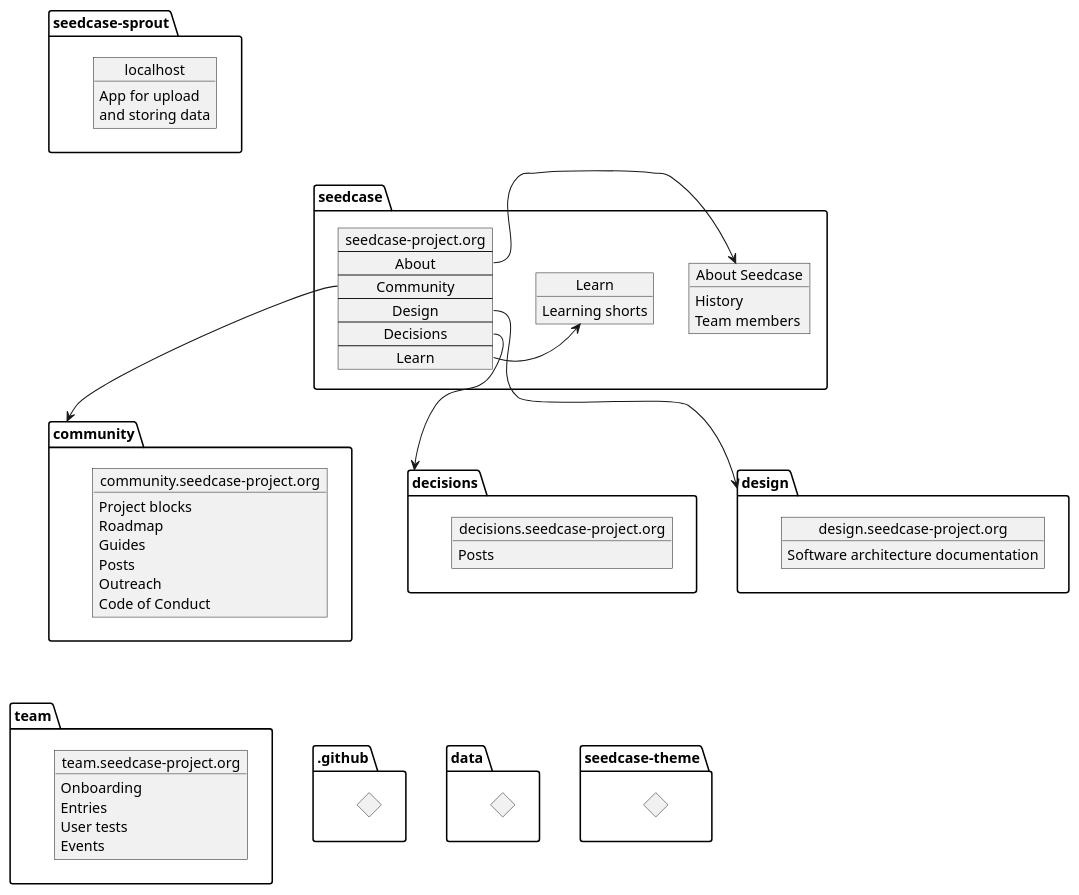
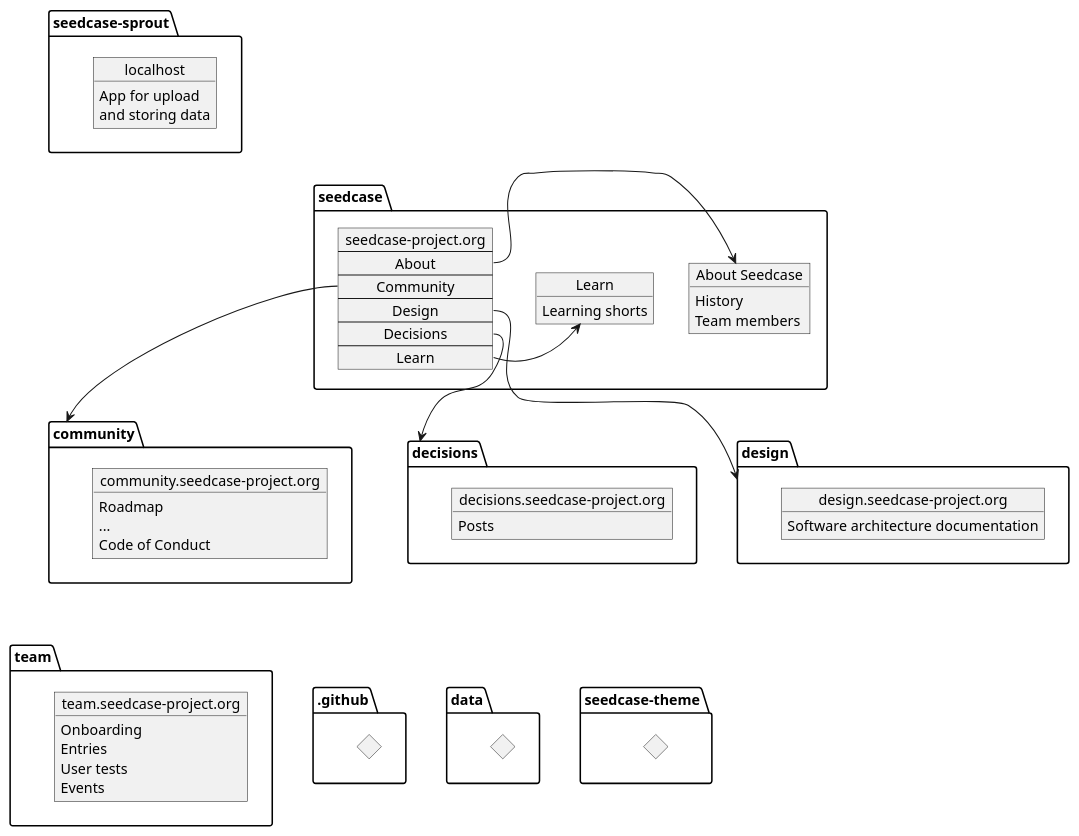
Before and after one commit to seedcase-project/team: the diagram in entries/repo-website-overview.puml, drawn with PlantUML.

Commit message:
docs: update based on LWJ comments

```diff
--- a/entries/repo-website-overview.puml
+++ b/entries/repo-website-overview.puml
@@ -1,79 +1,76 @@
 @startuml Repos-Sites
 
   package .github as GIT {
       diamond dia1
   }
 
   package data as DAT {
       diamond dia2
   }
 
   package seedcase-theme as THE {
       diamond dia3
   }
 
   package community as COM {
       object "community.seedcase-project.org" as CSP {
-        Project blocks
         Roadmap
-        Guides
-        Posts
-        Outreach
+        ...
         Code of Conduct
       }
   }
 
   package decisions as DEC {
       object "decisions.seedcase-project.org" as DeCP {
         Posts
       }
   }
 
   package design as DES {
       object "design.seedcase-project.org" as DeSP {
         Software architecture documentation
       }
   }
 
   package team as TEA {
       object "team.seedcase-project.org" as TSP {
         Onboarding
         Entries
         User tests
         Events
       }
   }
 
   package "seedcase-sprout" as SPROUT {
       object "localhost" as SSP {
         App for upload
         and storing data 
       }
   }
 
   package seedcase {
       object "About Seedcase" as ABOUT {
         History
         Team members 
       }
 
       object "Learn" as LEA {
         Learning shorts
       }
 
       map "seedcase-project.org" as SP {
         About *-> ABOUT
         Community *--> COM
         Design *--> DES
         Decisions *--> DEC
         Learn *-> LEA
       }
   }  
 
 COM -[hidden]--> TEA
 DEC -[hidden]--> GIT
 DEC -[hidden]--> DAT
 DEC -[hidden]--> THE
 SPROUT -[hidden]--> COM 
 
 @enduml
```
